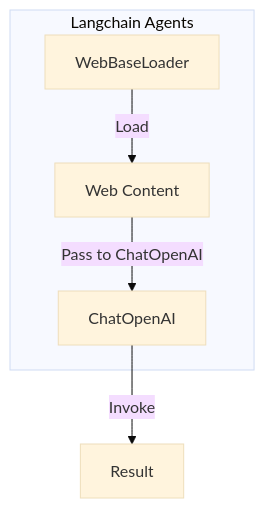
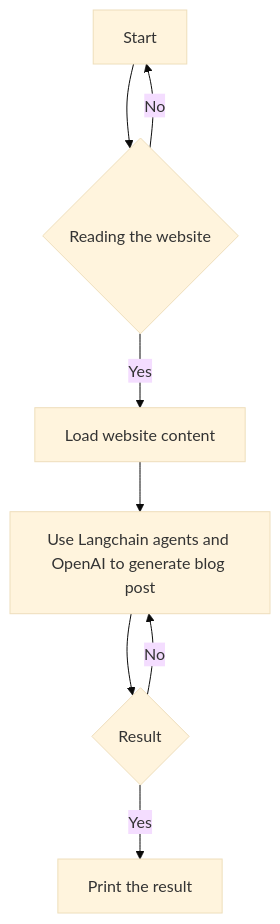
One commit to Patotricks15/Generative-AI-projects changed the diagram in summarizing_text/README.md. Above: the diagram before and after it, drawn with Mermaid (base theme). The commit also changed other lines of this file and 22 other files, not shown here.

````diff
--- a/summarizing_text/README.md
+++ b/summarizing_text/README.md
@@ -11,8 +11,10 @@
 ```mermaid
 flowchart TD
-subgraph Langchain Agents
-A[WebBaseLoader] -->|Load| B[Web Content]
-B -->|Pass to ChatOpenAI| C[ChatOpenAI]
-end
-C -->|Invoke| D[Result]
+A[Start] --> B{Reading the website}
+B --> |Yes| C[Load website content]
+B --> |No| A
+C --> D[Use Langchain agents and OpenAI to generate blog post]
+D --> E{Result}
+E --> |Yes| F[Print the result]
+E --> |No| D
 ```
````
